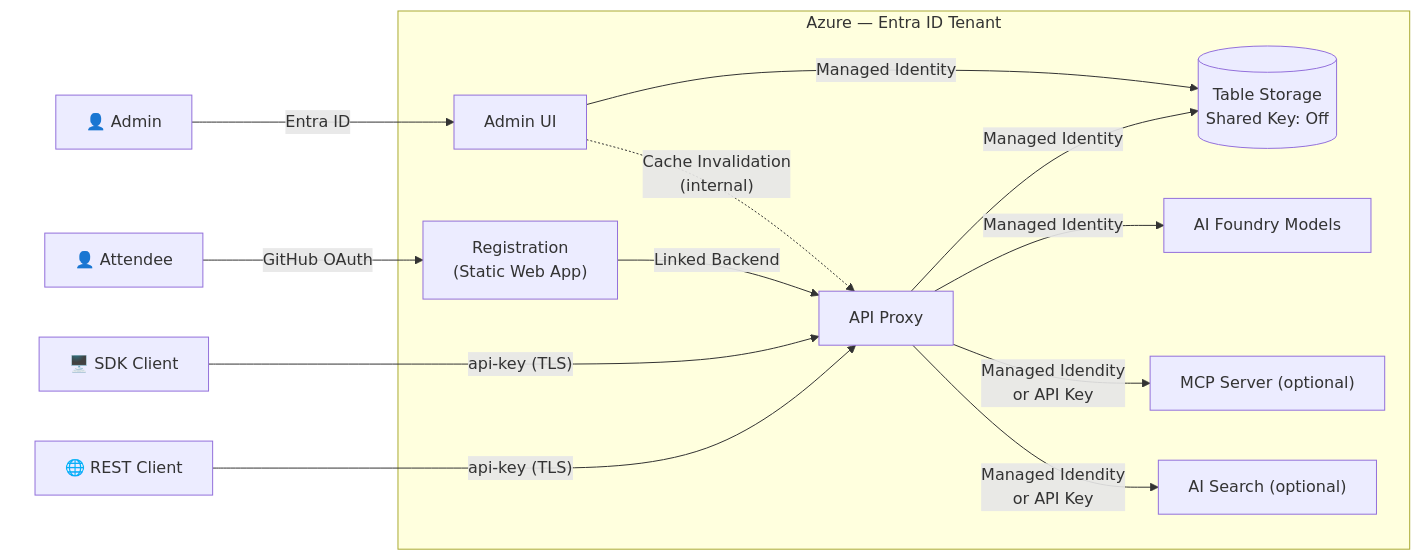
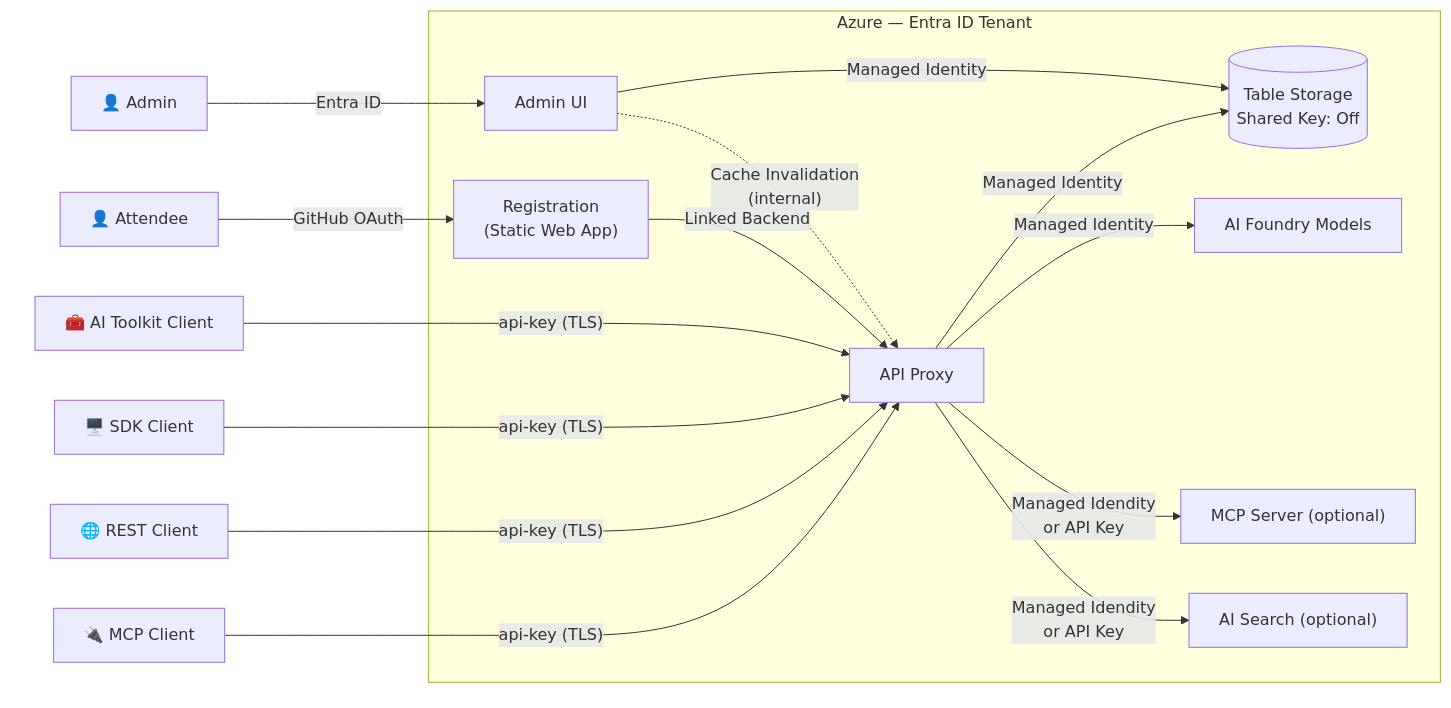
One commit to gloveboxes/azure-ai-proxy-lite changed the first of 5 diagrams in docs/docs/security_architecture.md. Above: the diagram before and after it, drawn with Mermaid. The commit also changed 12 other files, not shown here.

````diff
--- a/docs/docs/security_architecture.md
+++ b/docs/docs/security_architecture.md
@@ -7,34 +7,38 @@
 ```mermaid
 graph LR
     subgraph Users[" "]
         admin_user["👤 Admin"]
         attendee["👤 Attendee"]
+        ai_toolkit["🧰 AI Toolkit Client"]
         sdk["🖥️ SDK Client"]
         rest["🌐 REST Client"]
+        mcp_client["🔌 MCP Client"]
     end
 
     admin_user -->|"Entra ID"| admin
+    ai_toolkit -->|"api-key (TLS)"| proxy
     sdk -->|"api-key (TLS)"| proxy
     rest -->|"api-key (TLS)"| proxy
+    mcp_client -->|"api-key (TLS)"| proxy
     attendee -->|"GitHub OAuth"| reg
 
     subgraph Azure["Azure — Entra ID Tenant"]
         admin["Admin UI"]
         proxy["API Proxy"]
         reg["Registration<br/>(Static Web App)"]
         storage[("Table Storage<br/>Shared Key: Off")]
         ai["AI Foundry Models"]
         mcp["MCP Server (optional)"]
         ais["AI Search (optional)"]
     end
 
     reg -->|"Linked Backend"| proxy
     proxy -->|"Managed Identity"| storage
     proxy -->|"Managed Identity"| ai
     proxy -->|"Managed Idendity<br>or API Key"| mcp
     proxy -->|"Managed Idendity<br>or API Key"| ais
     admin -->|"Managed Identity"| storage
     admin -.->|"Cache Invalidation<br/>(internal)"| proxy
 
     style Users fill:none,stroke:none
 ```
````
